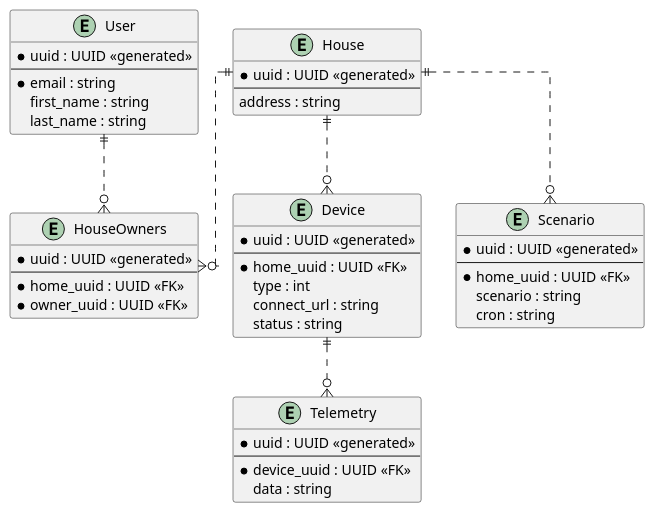
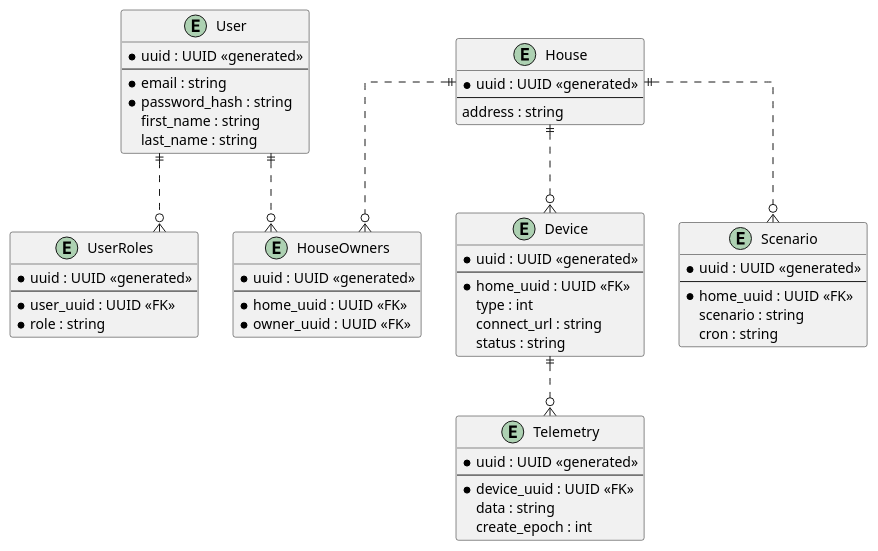
Before and after one commit to zalivochkin/architecture-sprint-3: the diagram in smart-home-to-be/er-diagram.puml, drawn with PlantUML. The commit also changed 3 other files, not shown here.

```diff
--- a/smart-home-to-be/er-diagram.puml
+++ b/smart-home-to-be/er-diagram.puml
@@ -1,56 +1,66 @@
 @startuml
 
 skinparam linetype ortho
 
 entity User {
   *uuid : UUID <<generated>>
   --
   *email : string
+  *password_hash : string
   first_name : string
   last_name : string
+}
+
+entity UserRoles {
+  *uuid : UUID <<generated>>
+  --
+  *user_uuid : UUID <<FK>>
+  *role : string
 }
 
 entity House {
   *uuid : UUID <<generated>>
   --
   address : string
 }
 
 entity HouseOwners {
   *uuid : UUID <<generated>>
   --
   *home_uuid : UUID <<FK>>
   *owner_uuid : UUID <<FK>>
 }
 
 entity Device {
   *uuid : UUID <<generated>>
   --
   *home_uuid : UUID <<FK>>
   type : int
   connect_url : string
   status : string
 }
 
 entity Scenario {
   *uuid : UUID <<generated>>
   --
   *home_uuid : UUID <<FK>>
   scenario : string
   cron : string
 }
 
 entity Telemetry {
   *uuid : UUID <<generated>>
   --
   *device_uuid : UUID <<FK>>
   data : string
+  create_epoch : int
 }
 
 User ||..o{ HouseOwners
+User ||..o{ UserRoles
 House ||..o{ HouseOwners
 House ||..o{ Device
 House ||..o{ Scenario
 Device ||..o{ Telemetry
 
 @enduml
```
